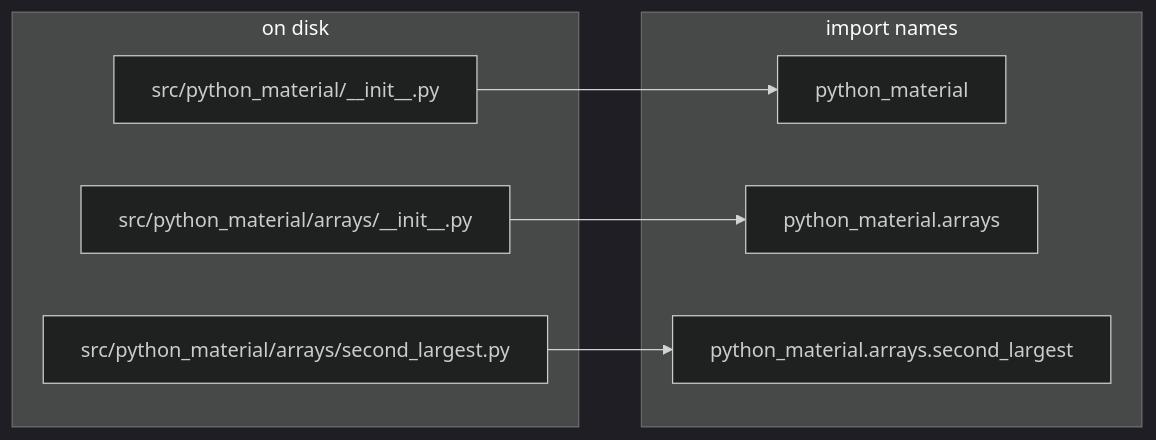
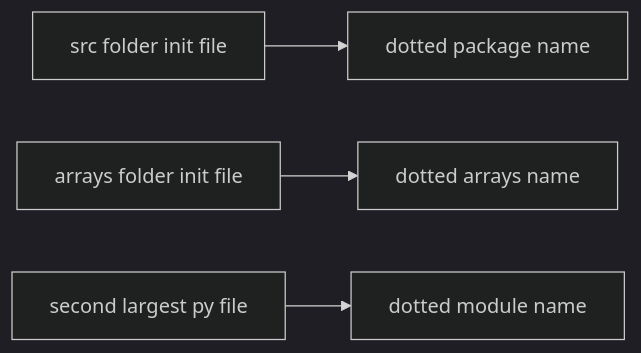
One commit to AslamNazeerShaikh/Python-Material changed the second of 5 diagrams in docs/learning/01-modules-packages.md. Above: the diagram before and after it, drawn with Mermaid (dark theme). The commit also changed other lines of this file and 16 other files, not shown here.

Commit message:
docs(learning): rebuild all mermaid in safe subset

````diff
--- a/docs/learning/01-modules-packages.md
+++ b/docs/learning/01-modules-packages.md
@@ -214,16 +214,12 @@
 ```mermaid
-graph LR
-    subgraph disk["on disk"]
-        A["src/python_material/__init__.py"]
-        B["src/python_material/arrays/__init__.py"]
-        C["src/python_material/arrays/second_largest.py"]
-    end
-    subgraph names["import names"]
-        D["python_material"]
-        E["python_material.arrays"]
-        F["python_material.arrays.second_largest"]
-    end
+flowchart LR
+    A[src folder init file]
+    B[arrays folder init file]
+    C[second largest py file]
+    D[dotted package name]
+    E[dotted arrays name]
+    F[dotted module name]
     A --> D
     B --> E
     C --> F
 ```
````
